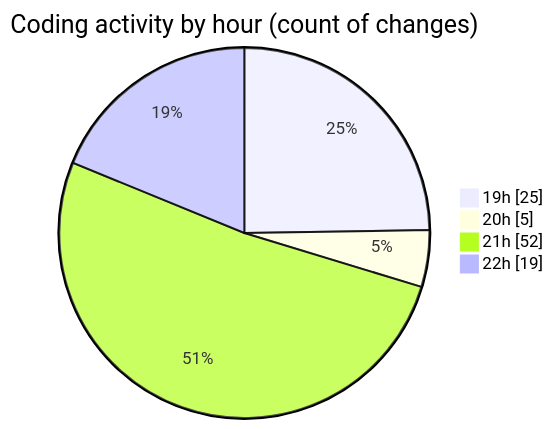
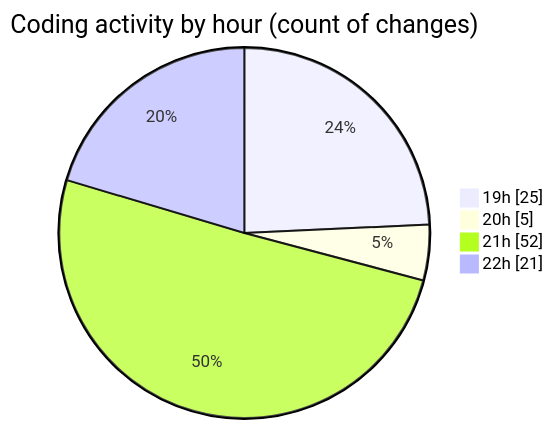
The second of 2 diagrams in 2025-02-28/cda/README.md (momahboobian/code-tracking), drawn with Mermaid before and after one commit. The commit also changed other lines of this file and 1 other file, not shown here.

````diff
--- a/2025-02-28/cda/README.md
+++ b/2025-02-28/cda/README.md
@@ -34,8 +34,8 @@
 ```mermaid
 pie showData
 title Coding activity by hour (count of changes)
 "19h" : 25
 "20h" : 5
 "21h" : 52
-"22h" : 19
+"22h" : 21
 ```
````
